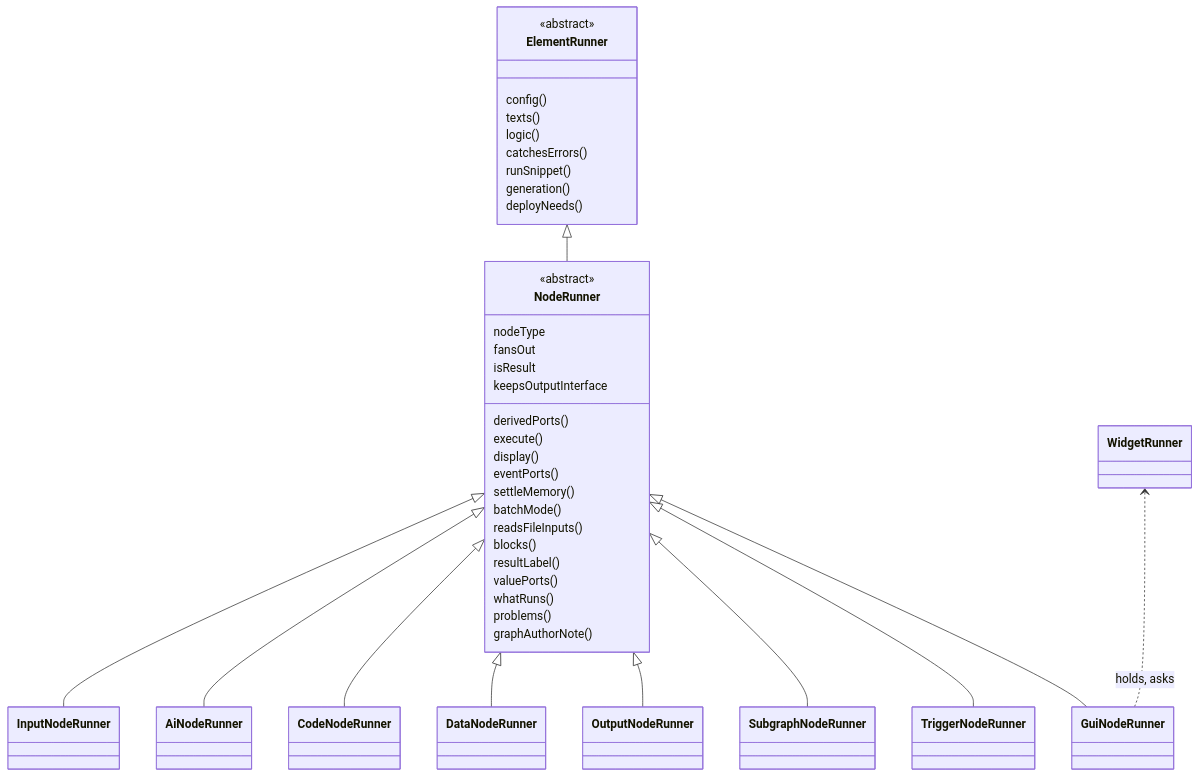
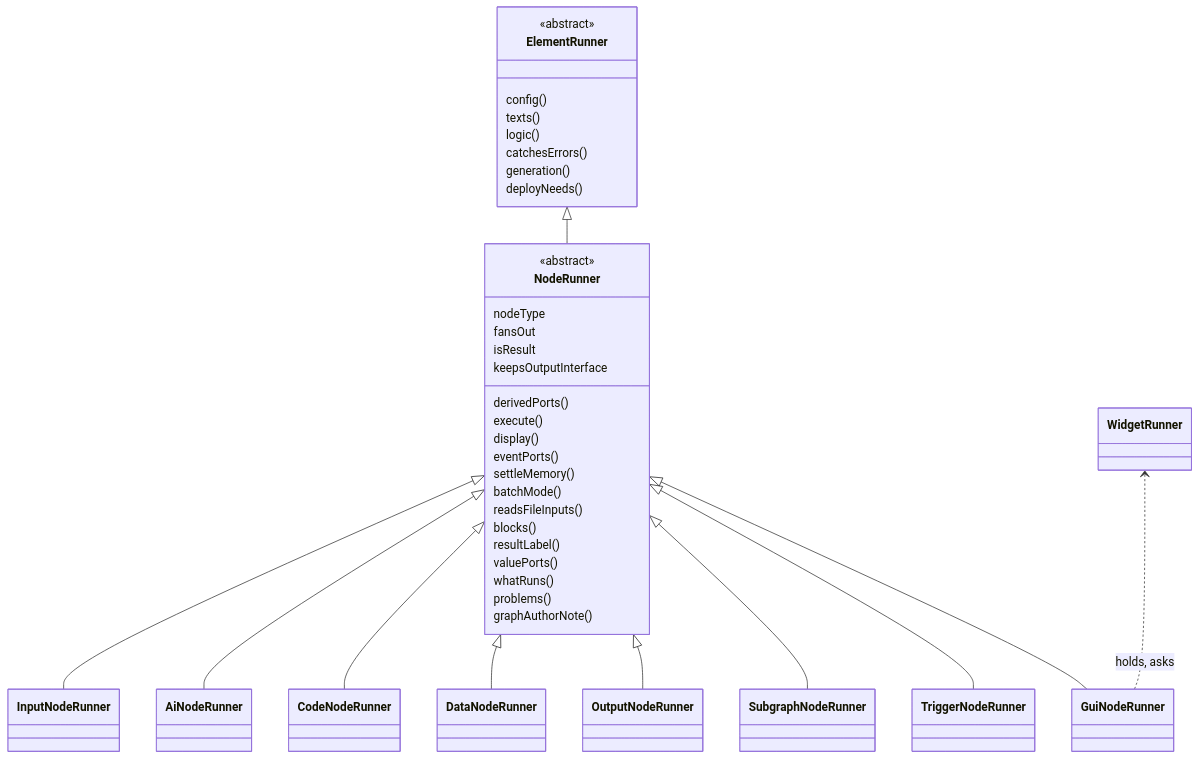
The third of 8 diagrams in arch/overview.md (Archimedes79/AI_Graph), drawn with Mermaid before and after one commit. The commit also changed other lines of this file and 4 other files, not shown here.

````diff
--- a/arch/overview.md
+++ b/arch/overview.md
@@ -158,43 +157,42 @@
 ```mermaid
 classDiagram
   class ElementRunner {
     <<abstract>>
     config()
     texts()
     logic()
     catchesErrors()
-    runSnippet()
     generation()
     deployNeeds()
   }
   class NodeRunner {
     <<abstract>>
     nodeType
     derivedPorts()
     execute()
     display()
     eventPorts()
     settleMemory()
     fansOut
     batchMode()
     readsFileInputs()
     blocks()
     isResult
     resultLabel()
     valuePorts()
     keepsOutputInterface
     whatRuns()
     problems()
     graphAuthorNote()
   }
   ElementRunner <|-- NodeRunner
   NodeRunner <|-- InputNodeRunner
   NodeRunner <|-- AiNodeRunner
   NodeRunner <|-- CodeNodeRunner
   NodeRunner <|-- DataNodeRunner
   NodeRunner <|-- OutputNodeRunner
   NodeRunner <|-- SubgraphNodeRunner
   NodeRunner <|-- TriggerNodeRunner
   NodeRunner <|-- GuiNodeRunner
   WidgetRunner <.. GuiNodeRunner : holds, asks
 ```
````
